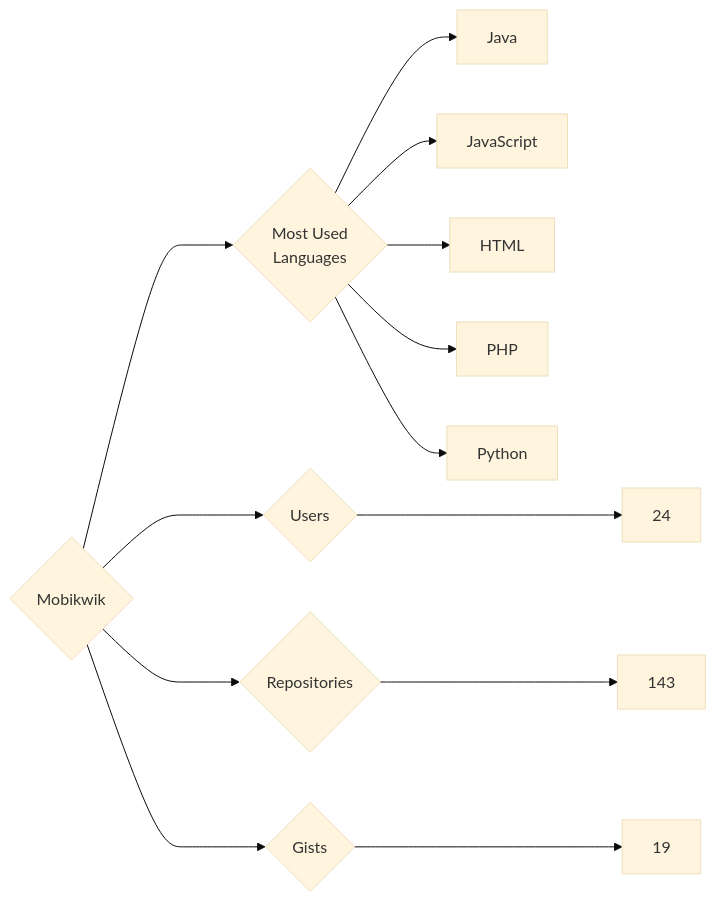
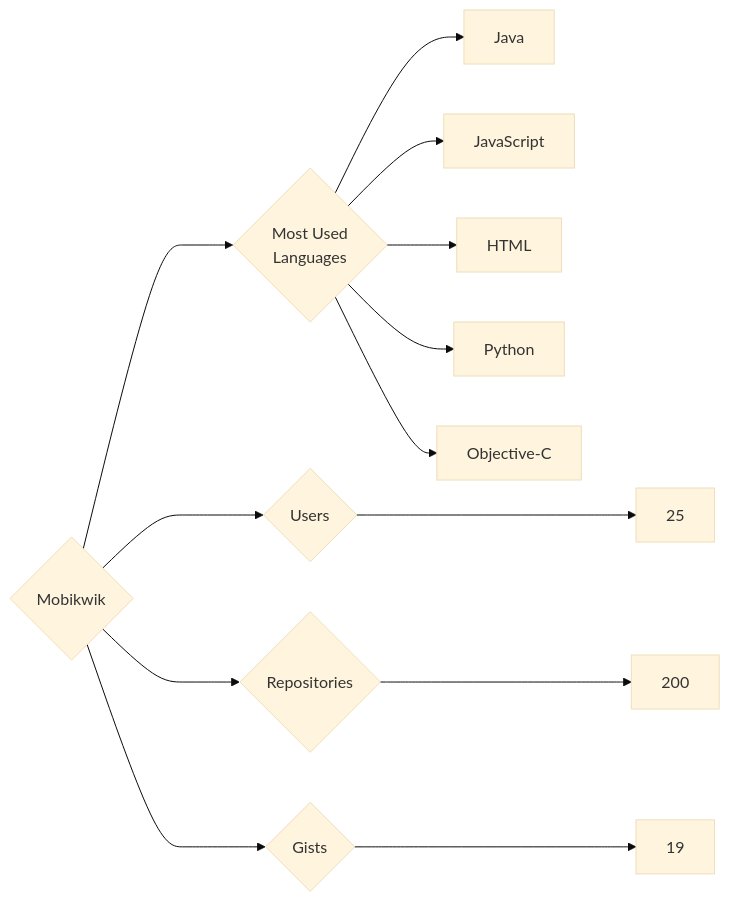
One commit to trickest/insiders changed the diagram in targets/Mobikwik/README.md. Above: the diagram before and after it, drawn with Mermaid (base theme). The commit also changed 799 other files, not shown here.

````diff
--- a/targets/Mobikwik/README.md
+++ b/targets/Mobikwik/README.md
@@ -3,13 +3,13 @@
 ```mermaid
 graph LR
 COMPANY_NAME{Mobikwik}
-COMPANY_NAME ---> U{Users} ---> UN[24]
-COMPANY_NAME ---> R{Repositories} ---> RN[143]
+COMPANY_NAME ---> U{Users} ---> UN[25]
+COMPANY_NAME ---> R{Repositories} ---> RN[200]
 COMPANY_NAME ---> G{Gists} ---> GN[19]
 COMPANY_NAME ---> ML{Most Used<br>Languages}
 ML --> Java[Java]
 ML --> JavaScript[JavaScript]
 ML --> HTML[HTML]
-ML --> PHP[PHP]
 ML --> Python[Python]
+ML --> Objective-C[Objective-C]
 ```
````
